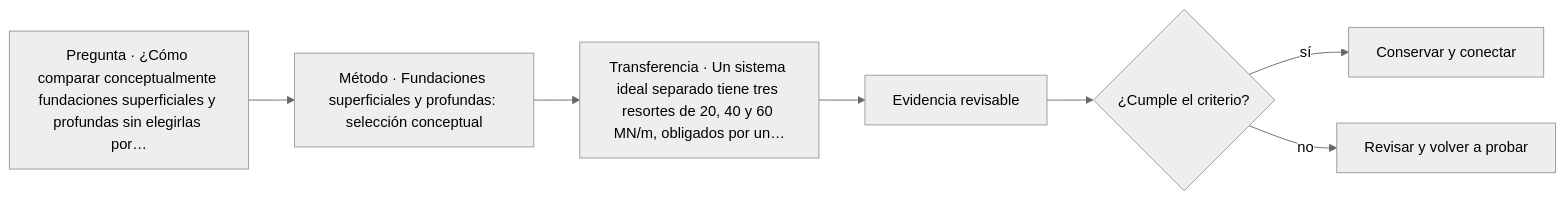
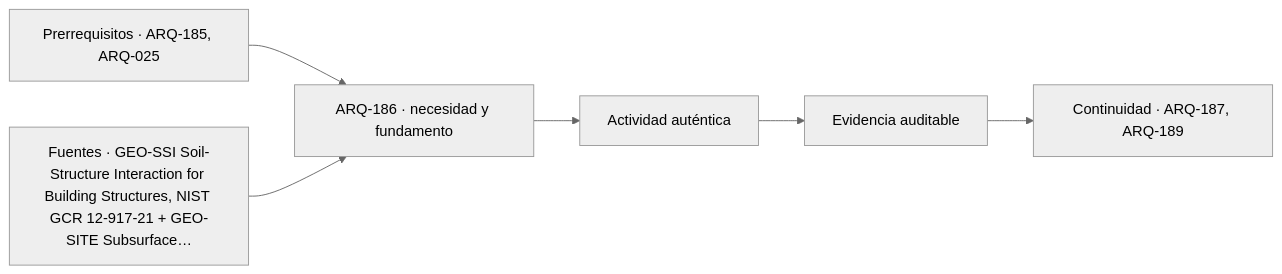
Before and after one commit to vladimiracunadev-create/architecture-built-environment-learning-program: the diagram in classes/parte-19/ARQ-186.md, drawn with Mermaid (neutral theme). The commit also changed other lines of this file and 761 other files, not shown here.

````diff
--- a/classes/parte-19/ARQ-186.md
+++ b/classes/parte-19/ARQ-186.md
@@ -115,9 +127,8 @@
 ```mermaid
 flowchart LR
-    Q["Pregunta · ¿Cómo comparar conceptualmente fundaciones superficiales y profundas sin elegirlas por…"] --> M["Método · Fundaciones superficiales y profundas: selección conceptual"]
-    M --> P["Transferencia · Un sistema ideal separado tiene tres resortes de 20, 40 y 60 MN/m, obligados por un…"]
-    P --> E["Evidencia revisable"]
-    E --> C{"¿Cumple el criterio?"}
-    C -->|sí| T["Conservar y conectar"]
-    C -->|no| R["Revisar y volver a probar"]
+    A["Prerrequisitos · ARQ-185, ARQ-025"] --> B["ARQ-186 · necesidad y fundamento"]
+    S["Fuentes · GEO-SSI Soil-Structure Interaction for Building Structures, NIST GCR 12-917-21 + GEO-SITE Subsurface…"] --> B
+    B --> C["Actividad auténtica"]
+    C --> D["Evidencia auditable"]
+    D --> E["Continuidad · ARQ-187, ARQ-189"]
 ```
````
